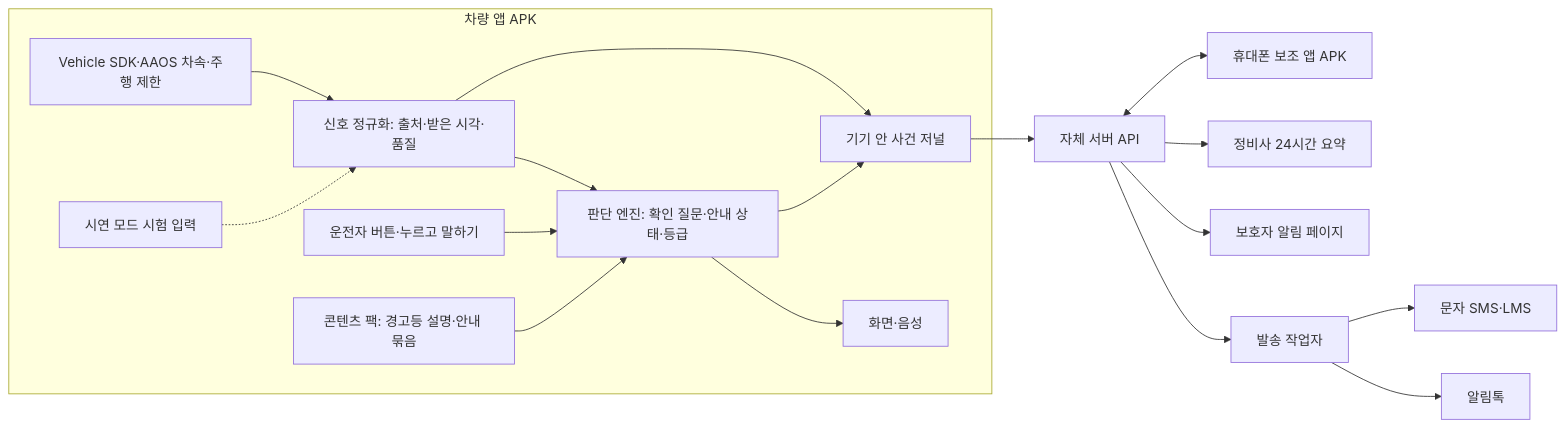
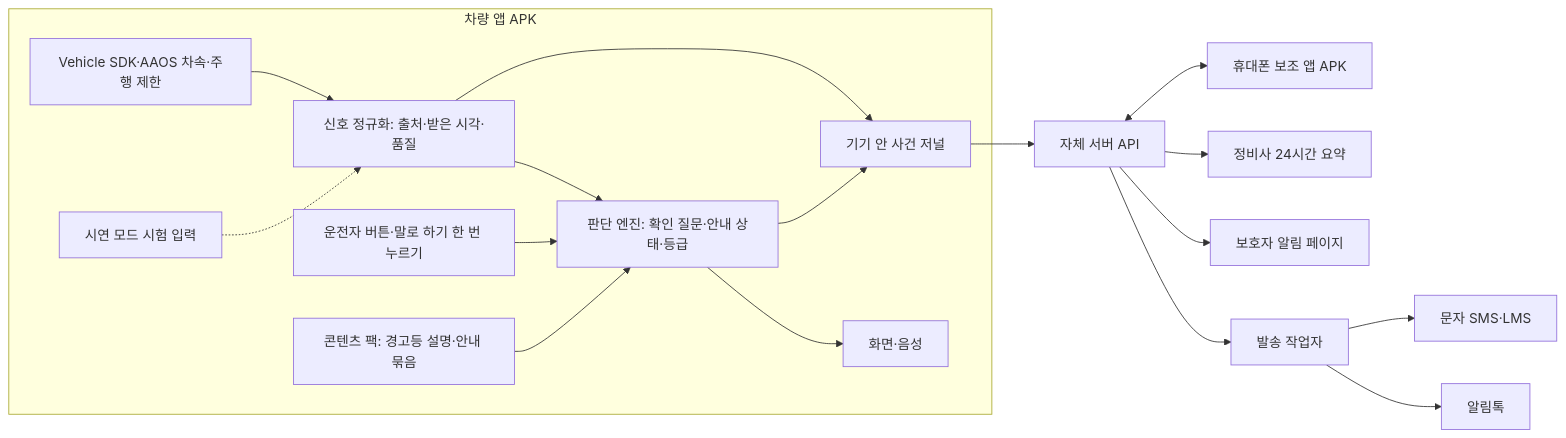
One commit to himangga01/pleos_super_guard changed the first of 3 diagrams in hyundai_app_market/docs/analysis/integrated-vehicle-care-2026-11-12.md. Above: the diagram before and after it, drawn with Mermaid. The commit also changed other lines of this file and 49 other files, not shown here.

````diff
--- a/hyundai_app_market/docs/analysis/integrated-vehicle-care-2026-11-12.md
+++ b/hyundai_app_market/docs/analysis/integrated-vehicle-care-2026-11-12.md
@@ -185,20 +195,20 @@
 ```mermaid
 flowchart LR
   subgraph IVI[차량 앱 APK]
     A[Vehicle SDK·AAOS 차속·주행 제한] --> B[신호 정규화: 출처·받은 시각·품질]
-    U[운전자 버튼·누르고 말하기] --> C
+    U[운전자 버튼·말로 하기 한 번 누르기] --> C
     B --> C[판단 엔진: 확인 질문·안내 상태·등급]
     K[콘텐츠 팩: 경고등 설명·안내 묶음] --> C
     C --> V[화면·음성]
     B --> J[기기 안 사건 저널]
     C --> J
     T[시연 모드 시험 입력] -.-> B
   end
   J --> S[자체 서버 API]
   S --> W[발송 작업자]
   W --> KA[알림톡]
   W --> TX[문자 SMS·LMS]
   S --> G[보호자 알림 페이지]
   S --> M[정비사 24시간 요약]
   S <--> P[휴대폰 보조 앱 APK]
 ```
````
